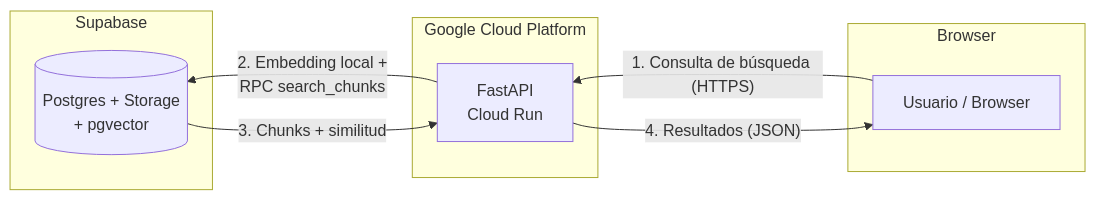
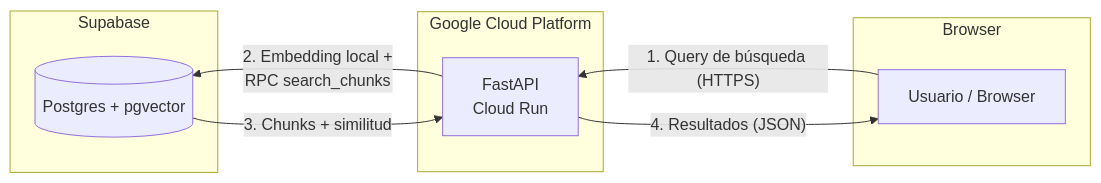
Before and after one commit to renaa-m/TallerDeIntegracion_G10: the second of 2 diagrams in README.md, drawn with Mermaid. The commit also changed other lines of this file, not shown here.

Commit message:
docs(README): ajuste menor

````diff
--- a/README.md
+++ b/README.md
@@ -236,19 +236,19 @@
 ```mermaid
 graph RL
     subgraph Browser
         U[Usuario / Browser]
     end
 
     subgraph GCP ["Google Cloud Platform"]
         API[FastAPI\nCloud Run]
     end
 
     subgraph Data_platform ["Supabase"]
-        SUPA[(Postgres + Storage\n+ pgvector)]
+        SUPA[(Postgres + pgvector)]
     end
 
-    U -->|"1. Consulta de búsqueda (HTTPS)"| API
+    U -->|"1. Query de búsqueda (HTTPS)"| API
     API -->|"2. Embedding local +\nRPC search_chunks"| SUPA
     SUPA -->|"3. Chunks + similitud"| API
     API -->|"4. Resultados (JSON)"| U
 ```
````
